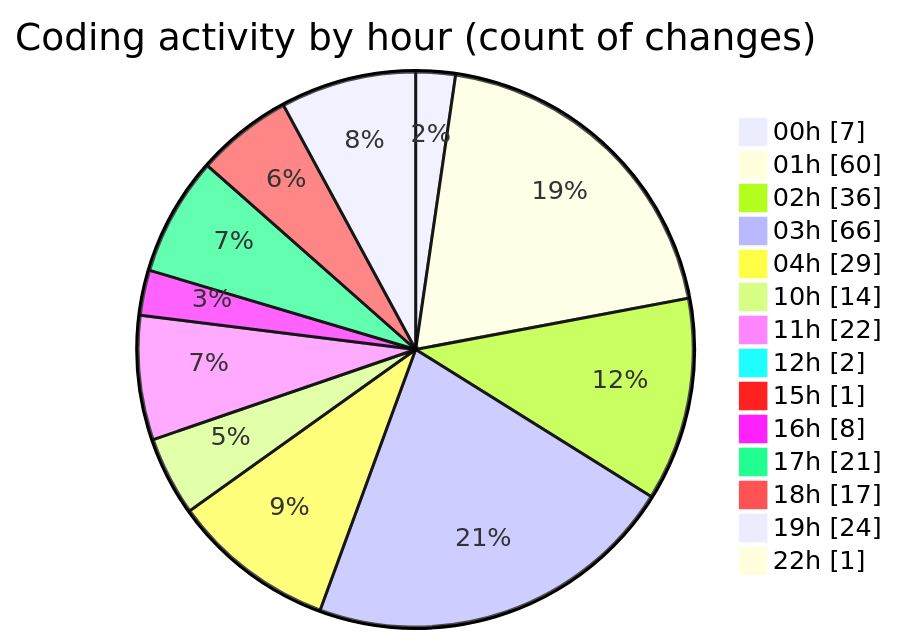
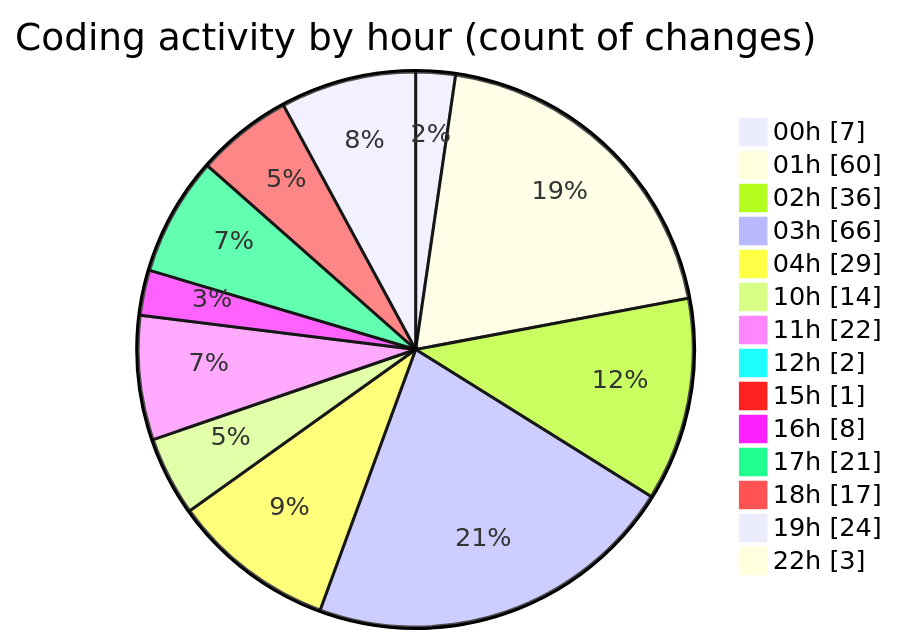
The second of 2 diagrams in 2025-10-07/eventscop-frontend-guide__workspace_/README.md (julien-gomy/code-tracking), drawn with Mermaid before and after one commit. The commit also changed other lines of this file and 1 other file, not shown here.

````diff
--- a/2025-10-07/eventscop-frontend-guide__workspace_/README.md
+++ b/2025-10-07/eventscop-frontend-guide__workspace_/README.md
@@ -111,18 +112,18 @@
 ```mermaid
 pie showData
 title Coding activity by hour (count of changes)
 "00h" : 7
 "01h" : 60
 "02h" : 36
 "03h" : 66
 "04h" : 29
 "10h" : 14
 "11h" : 22
 "12h" : 2
 "15h" : 1
 "16h" : 8
 "17h" : 21
 "18h" : 17
 "19h" : 24
-"22h" : 1
+"22h" : 3
 ```
````
